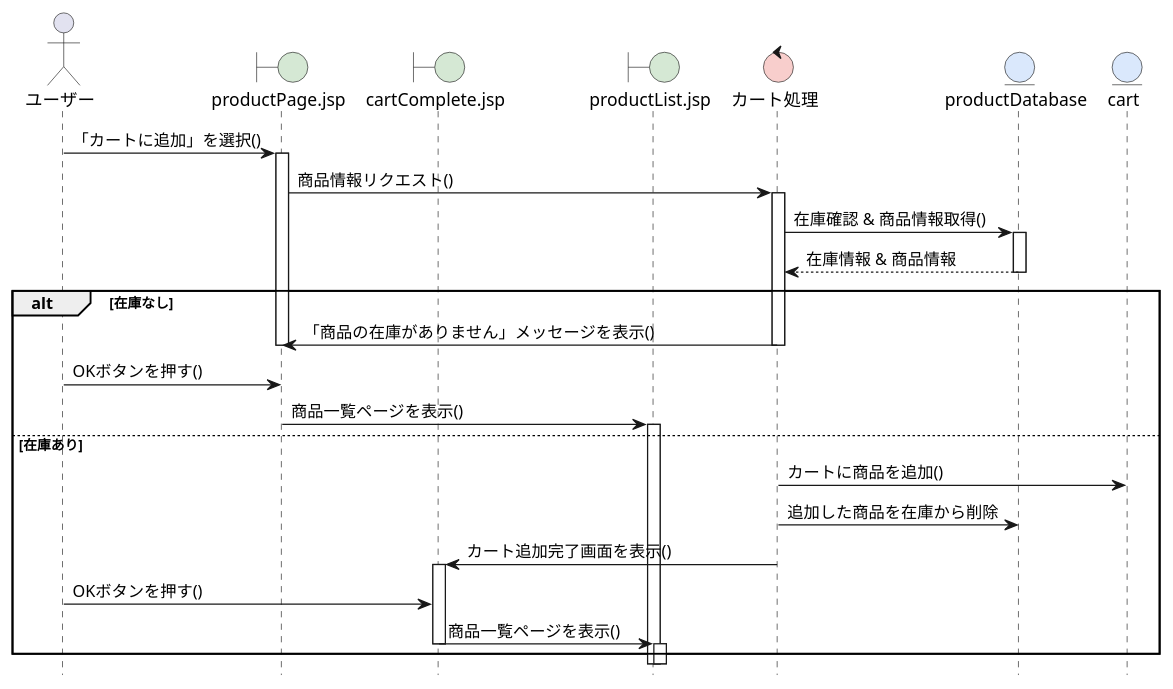
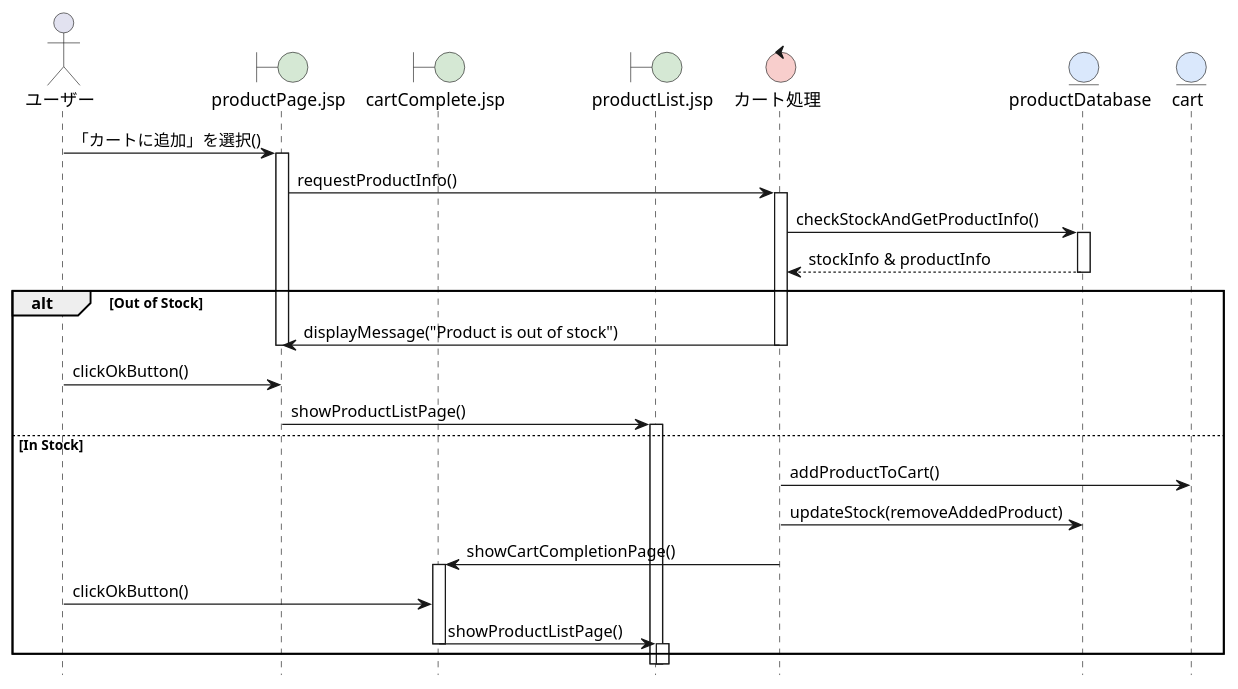
The diagram in BBshop/sequence_05_Add_cart.pu (ghbuser12/ohara_uml), drawn with PlantUML before and after one commit.

```diff
--- a/BBshop/sequence_05_Add_cart.pu
+++ b/BBshop/sequence_05_Add_cart.pu
@@ -1,46 +1,47 @@
 @startuml Web訪問者システム-カート追加シーケンス図
 hide footbox
 skinparam boundaryBackgroundColor #D5E8D4
 skinparam controlBackgroundColor  #F8CECC
 skinparam entityBackgroundColor   #DAE8FC
 
 actor ユーザー as U
 boundary productPage.jsp as B1
 boundary cartComplete.jsp as B2
 boundary productList.jsp as B3
 control カート処理 as C1
 entity productDatabase as E1
 entity cart as E2
 
 ' 基本フロー
 U -> B1: 「カートに追加」を選択()
 activate B1
 
-B1 -> C1: 商品情報リクエスト()
+B1 -> C1: requestProductInfo()
 activate C1
-C1 -> E1: 在庫確認 & 商品情報取得()
+C1 -> E1: checkStockAndGetProductInfo()
 activate E1
-E1 --> C1: 在庫情報 & 商品情報
+E1 --> C1: stockInfo & productInfo
 deactivate E1
 
-alt 在庫なし
-  C1 -> B1: 「商品の在庫がありません」メッセージを表示()
+alt Out of Stock
+  C1 -> B1: displayMessage("Product is out of stock")
   deactivate C1
   deactivate B1
-  U -> B1: OKボタンを押す()
-  B1 -> B3: 商品一覧ページを表示()
+  U -> B1: clickOkButton()
+  B1 -> B3: showProductListPage()
   activate B3
-else 在庫あり
-  C1 -> E2: カートに商品を追加()
-  C1 -> E1: 追加した商品を在庫から削除
-  C1 -> B2: カート追加完了画面を表示()
+else In Stock
+  C1 -> E2: addProductToCart()
+  C1 -> E1: updateStock(removeAddedProduct)
+  C1 -> B2: showCartCompletionPage()
   deactivate C1
   deactivate B1
   activate B2
-  U -> B2: OKボタンを押す()
-  B2 -> B3: 商品一覧ページを表示()
+  U -> B2: clickOkButton()
+  B2 -> B3: showProductListPage()
   deactivate B2
   activate B3
 end
 
+
 @enduml
```
